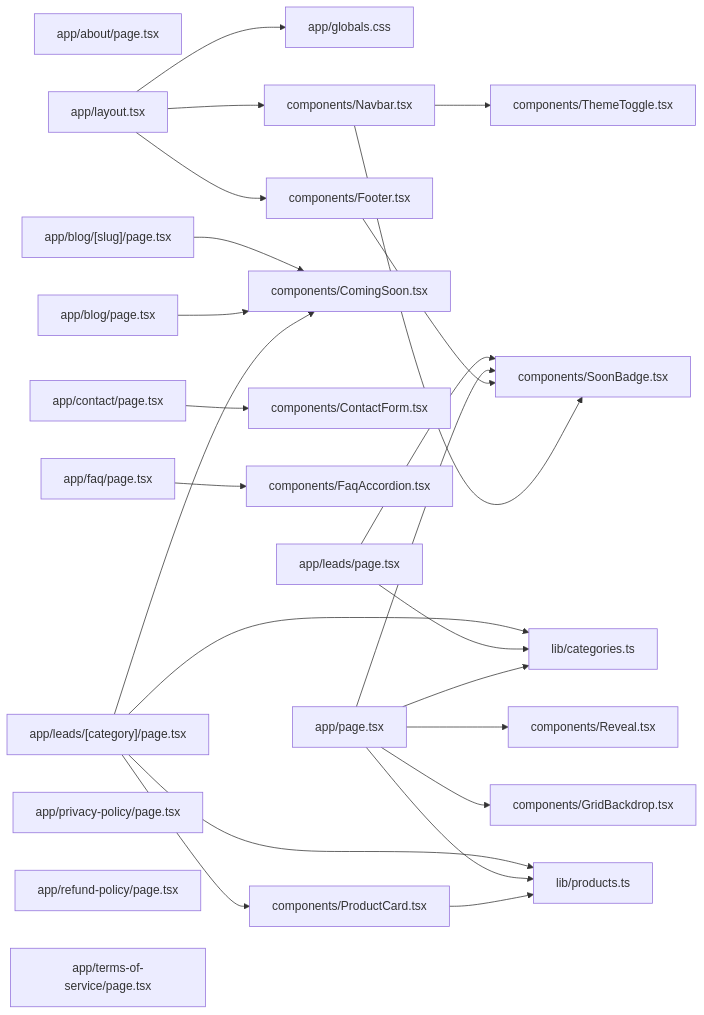
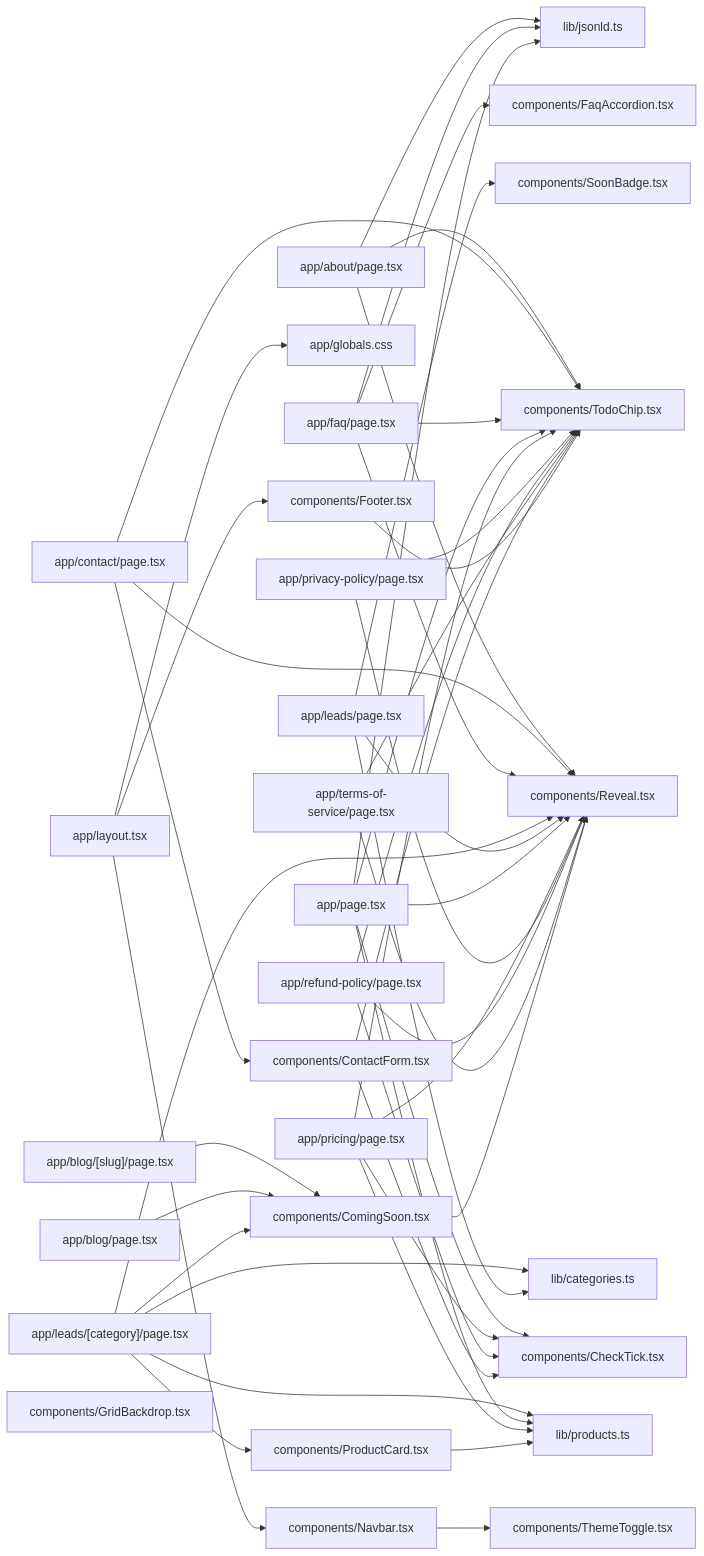
Before and after one commit to abdullahejaz-code/leadspitch: the diagram in CODEGRAPH.md, drawn with Mermaid. The commit also changed other lines of this file and 100 other files, not shown here.

````diff
--- a/CODEGRAPH.md
+++ b/CODEGRAPH.md
@@ -12,50 +12,77 @@
 ```mermaid
 flowchart LR
   n0["app/about/page.tsx"]
   n1["app/blog/[slug]/page.tsx"]
   n2["app/blog/page.tsx"]
   n3["app/contact/page.tsx"]
   n4["app/faq/page.tsx"]
   n5["app/globals.css"]
   n6["app/layout.tsx"]
   n7["app/leads/[category]/page.tsx"]
   n8["app/leads/page.tsx"]
   n9["app/page.tsx"]
-  n10["app/privacy-policy/page.tsx"]
-  n11["app/refund-policy/page.tsx"]
-  n12["app/terms-of-service/page.tsx"]
-  n13["components/ComingSoon.tsx"]
-  n14["components/ContactForm.tsx"]
-  n15["components/FaqAccordion.tsx"]
-  n16["components/Footer.tsx"]
-  n17["components/GridBackdrop.tsx"]
-  n18["components/Navbar.tsx"]
-  n19["components/ProductCard.tsx"]
-  n20["components/Reveal.tsx"]
-  n21["components/SoonBadge.tsx"]
-  n22["components/ThemeToggle.tsx"]
-  n23["lib/categories.ts"]
-  n24["lib/products.ts"]
-  n1 --> n13
-  n2 --> n13
-  n3 --> n14
-  n4 --> n15
+  n10["app/pricing/page.tsx"]
+  n11["app/privacy-policy/page.tsx"]
+  n12["app/refund-policy/page.tsx"]
+  n13["app/terms-of-service/page.tsx"]
+  n14["components/CheckTick.tsx"]
+  n15["components/ComingSoon.tsx"]
+  n16["components/ContactForm.tsx"]
+  n17["components/FaqAccordion.tsx"]
+  n18["components/Footer.tsx"]
+  n19["components/GridBackdrop.tsx"]
+  n20["components/Navbar.tsx"]
+  n21["components/ProductCard.tsx"]
+  n22["components/Reveal.tsx"]
+  n23["components/SoonBadge.tsx"]
+  n24["components/ThemeToggle.tsx"]
+  n25["components/TodoChip.tsx"]
+  n26["lib/categories.ts"]
+  n27["lib/jsonld.ts"]
+  n28["lib/products.ts"]
+  n0 --> n22
+  n0 --> n25
+  n0 --> n27
+  n1 --> n15
+  n2 --> n15
+  n3 --> n16
+  n3 --> n22
+  n3 --> n25
+  n4 --> n17
+  n4 --> n22
+  n4 --> n25
+  n4 --> n27
   n6 --> n5
-  n6 --> n16
   n6 --> n18
-  n7 --> n13
-  n7 --> n19
-  n7 --> n23
-  n7 --> n24
-  n8 --> n21
+  n6 --> n20
+  n7 --> n15
+  n7 --> n21
+  n7 --> n22
+  n7 --> n26
+  n7 --> n28
+  n8 --> n22
   n8 --> n23
-  n9 --> n17
-  n9 --> n20
-  n9 --> n21
-  n9 --> n23
-  n9 --> n24
-  n16 --> n21
-  n18 --> n21
-  n18 --> n22
-  n19 --> n24
+  n8 --> n26
+  n9 --> n14
+  n9 --> n22
+  n9 --> n25
+  n9 --> n27
+  n9 --> n28
+  n10 --> n14
+  n10 --> n22
+  n10 --> n25
+  n10 --> n28
+  n11 --> n22
+  n11 --> n25
+  n12 --> n14
+  n12 --> n22
+  n12 --> n25
+  n13 --> n22
+  n13 --> n25
+  n15 --> n22
+  n16 --> n14
+  n16 --> n25
+  n18 --> n25
+  n20 --> n24
+  n21 --> n28
 ```
````
